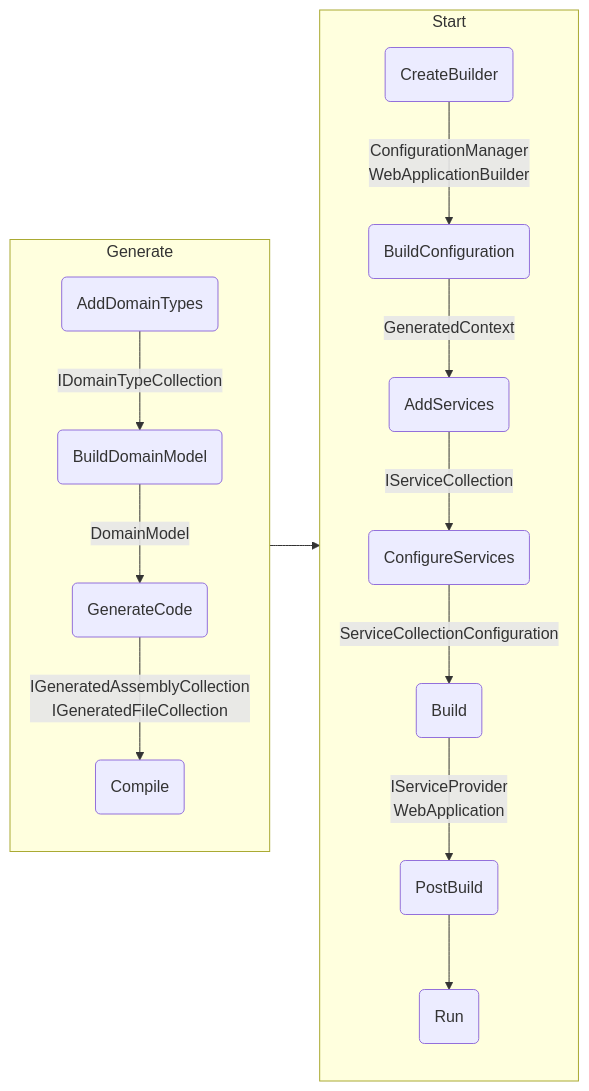
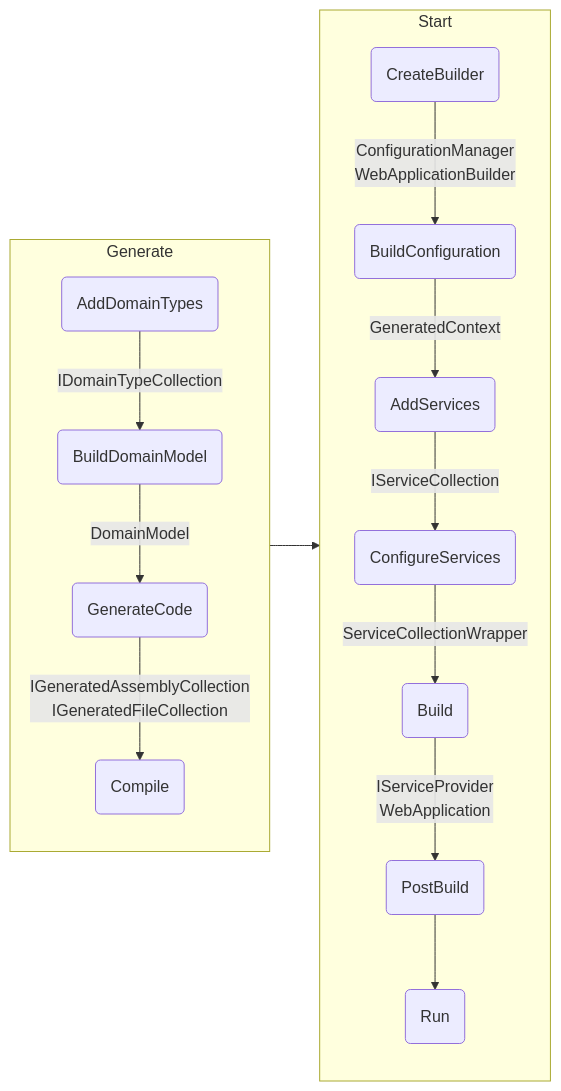
Before and after one commit to mouseless/baked: the diagram in docs/recipes/data-source.md, drawn with Mermaid. The commit also changed 1 other file, not shown here.

Commit message:
fix wrong artifact name in docs

````diff
--- a/docs/recipes/data-source.md
+++ b/docs/recipes/data-source.md
@@ -74,33 +74,33 @@
 ```mermaid
 flowchart LR;
 
     subgraph Generate
       AD(AddDomainTypes)
       BD(BuildDomainModel)
       GC(GenerateCode)
       C(Compile)
 
       AD -->|IDomainTypeCollection| BD
       BD -->|DomainModel| GC
       GC -->|IGeneratedAssemblyCollection<br/>IGeneratedFileCollection| C
     end
 
     subgraph Start
       CB(CreateBuilder)
       BC(BuildConfiguration)
       AS(AddServices)
       CS(ConfigureServices)
       B(Build)
       PB(PostBuild)
       R(Run)
 
       CB -->|ConfigurationManager<br/>WebApplicationBuilder| BC
       BC -->|GeneratedContext| AS
       AS -->|IServiceCollection| CS
-      CS -->|ServiceCollectionConfiguration| B
+      CS -->|ServiceCollectionWrapper| B
       B -->|IServiceProvider<br/>WebApplication|PB
       PB --> R
     end
 
     Generate --> Start
 ```
````
